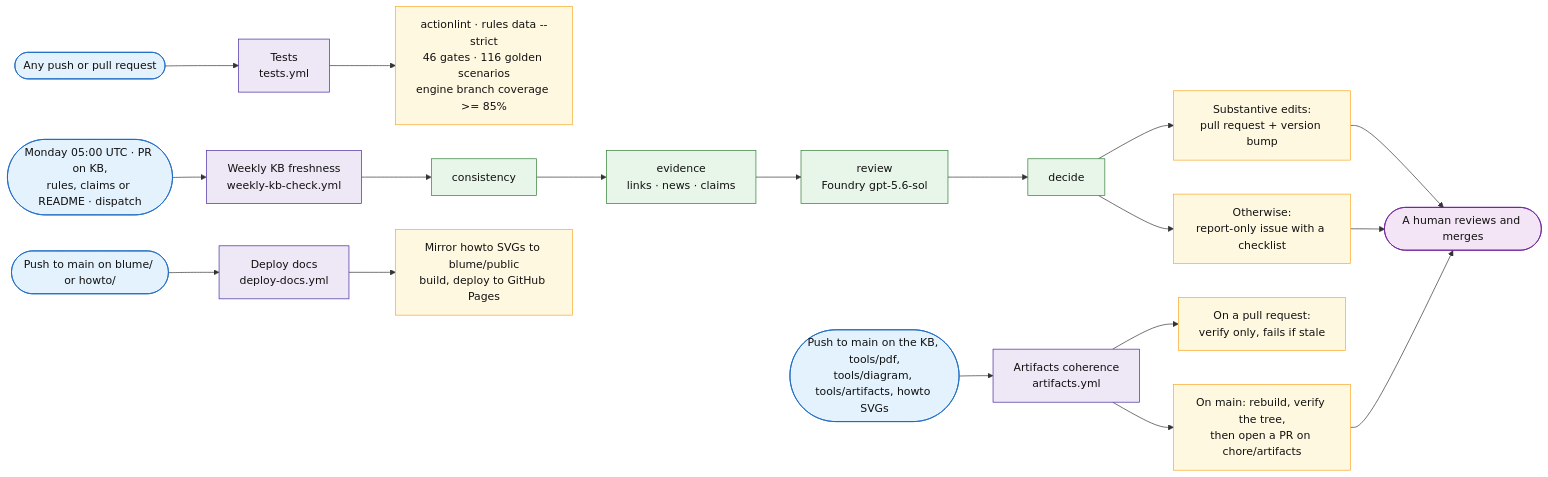
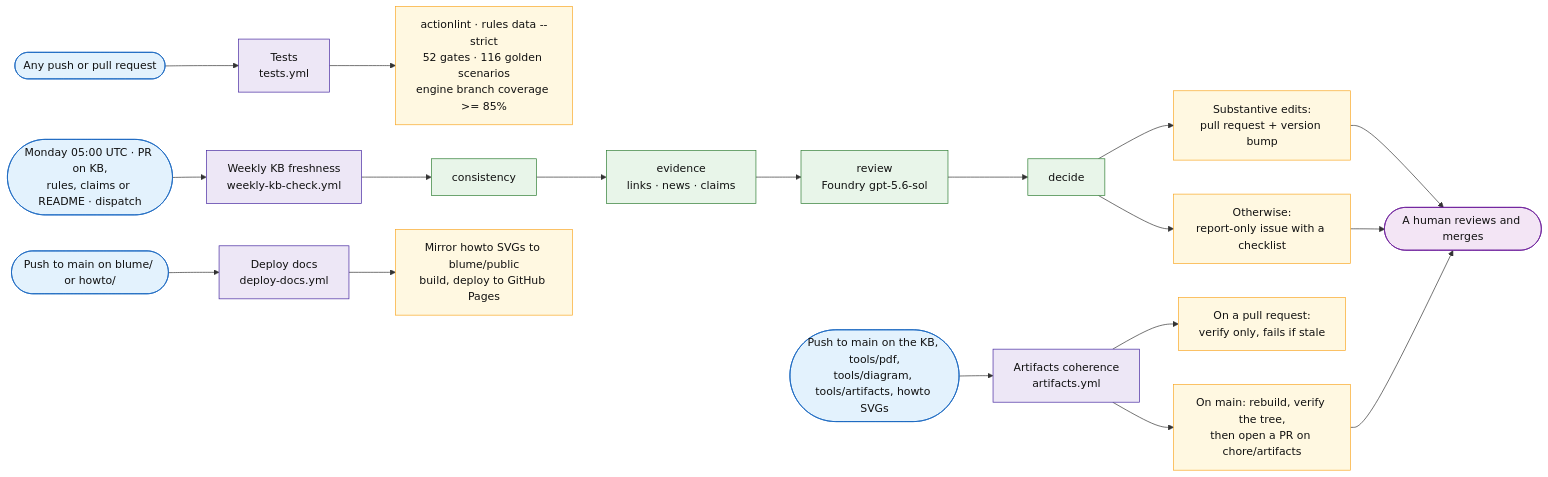
One commit to fredgis/sql-migration-advisor changed the sixth of 6 diagrams in docs/sql-migration-advisor-developer-pitch.md. Above: the diagram before and after it, drawn with Mermaid. The commit also changed 27 other files, not shown here.

First line of the commit message:
Take the third review pass, and make the schemas actually run (#81)

````diff
--- a/docs/sql-migration-advisor-developer-pitch.md
+++ b/docs/sql-migration-advisor-developer-pitch.md
@@ -991,33 +991,33 @@
 ```mermaid
 flowchart LR
     G1([Any push or pull request]) --> W1[Tests<br/>tests.yml]
     G2([Monday 05:00 UTC · PR on KB,<br/>rules, claims or README · dispatch]) --> W2[Weekly KB freshness<br/>weekly-kb-check.yml]
     G3([Push to main on the KB, tools/pdf,<br/>tools/diagram, tools/artifacts, howto SVGs]) --> W3[Artifacts coherence<br/>artifacts.yml]
     G4([Push to main on blume/ or howto/]) --> W4[Deploy docs<br/>deploy-docs.yml]
 
-    W1 --> O1[actionlint · rules data --strict<br/>46 gates · 116 golden scenarios<br/>engine branch coverage >= 85%]
+    W1 --> O1[actionlint · rules data --strict<br/>52 gates · 116 golden scenarios<br/>engine branch coverage >= 85%]
 
     W2 --> C1[consistency] --> C2[evidence<br/>links · news · claims] --> C3[review<br/>Foundry gpt-5.6-sol] --> C4[decide]
     C4 --> O2a[Substantive edits:<br/>pull request + version bump]
     C4 --> O2b[Otherwise:<br/>report-only issue with a checklist]
 
     W3 --> O3a[On a pull request:<br/>verify only, fails if stale]
     W3 --> O3b[On main: rebuild, verify the tree,<br/>then open a PR on chore/artifacts]
 
     W4 --> O4[Mirror howto SVGs to blume/public<br/>build, deploy to GitHub Pages]
 
     O2a --> H([A human reviews and merges])
     O2b --> H
     O3b --> H
 
     classDef trig fill:#e3f2fd,stroke:#1565c0,color:#111
     classDef flow fill:#ede7f6,stroke:#4527a0,color:#111
     classDef step fill:#e8f5e9,stroke:#2e7d32,color:#111
     classDef out fill:#fff8e1,stroke:#f9a825,color:#111
     classDef human fill:#f3e5f5,stroke:#6a1b9a,color:#111
     class G1,G2,G3,G4 trig
     class W1,W2,W3,W4 flow
     class C1,C2,C3,C4 step
     class O1,O2a,O2b,O3a,O3b,O4 out
     class H human
 ```
````
